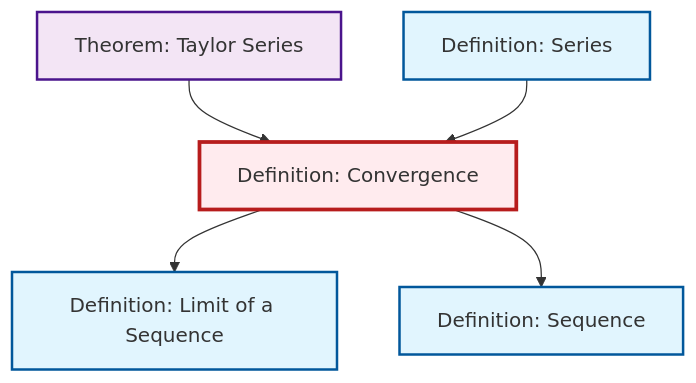
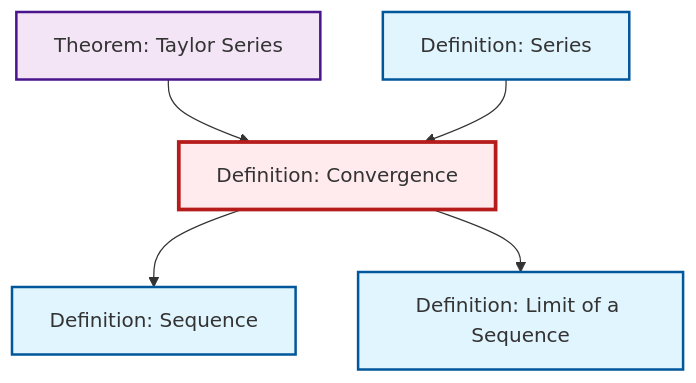
The diagram in content/ja/analysis/def-convergence.qmd (RK0429/ModernMath), drawn with Mermaid before and after one commit. The commit also changed other lines of this file and 654 other files, not shown here.

````diff
--- a/content/ja/analysis/def-convergence.qmd
+++ b/content/ja/analysis/def-convergence.qmd
@@ -80,23 +83,23 @@
 ```{mermaid}
 %%| fig-cap: "Local dependency graph"
 graph TD
     classDef definition fill:#e1f5fe,stroke:#01579b,stroke-width:2px
     classDef theorem fill:#f3e5f5,stroke:#4a148c,stroke-width:2px
     classDef axiom fill:#fff3e0,stroke:#e65100,stroke-width:2px
     classDef example fill:#e8f5e9,stroke:#1b5e20,stroke-width:2px
     classDef current fill:#ffebee,stroke:#b71c1c,stroke-width:3px
     def-convergence["Definition: Convergence"]:::definition
+    def-series["Definition: Series"]:::definition
+    thm-taylor-series["Theorem: Taylor Series"]:::theorem
+    def-limit["Definition: Limit of a Sequence"]:::definition
     def-sequence["Definition: Sequence"]:::definition
-    def-series["Definition: Series"]:::definition
-    def-limit["Definition: Limit of a Sequence"]:::definition
-    thm-taylor-series["Theorem: Taylor Series"]:::theorem
-    def-convergence --> def-limit
     def-convergence --> def-sequence
     thm-taylor-series --> def-convergence
+    def-convergence --> def-limit
     def-series --> def-convergence
     class def-convergence current
+    click def-series "def-series.html" "Definition: Seriesへ"
+    click thm-taylor-series "thm-taylor-series.html" "Theorem: Taylor Seriesへ"
+    click def-limit "def-limit.html" "Definition: Limit of a Sequenceへ"
     click def-sequence "def-sequence.html" "Definition: Sequenceへ"
-    click def-series "def-series.html" "Definition: Seriesへ"
-    click def-limit "def-limit.html" "Definition: Limit of a Sequenceへ"
-    click thm-taylor-series "thm-taylor-series.html" "Theorem: Taylor Seriesへ"
 ```
````
